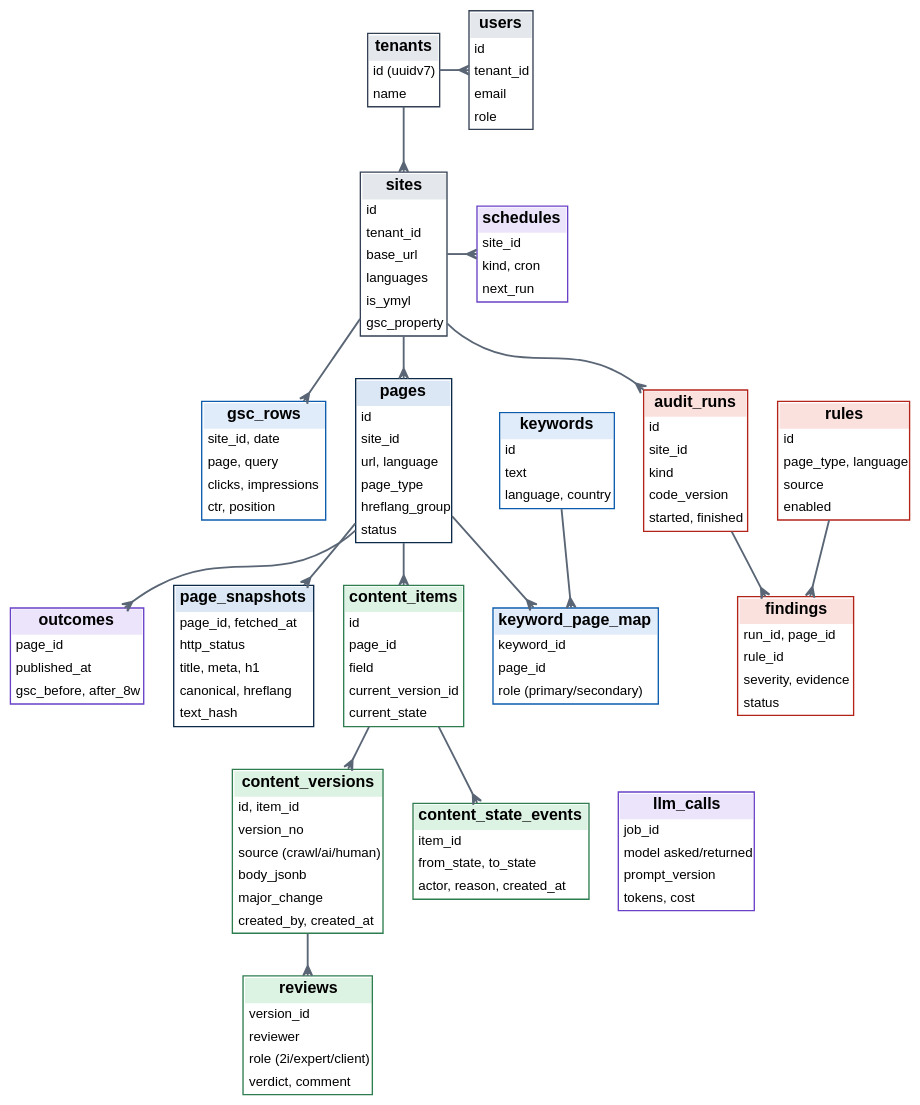
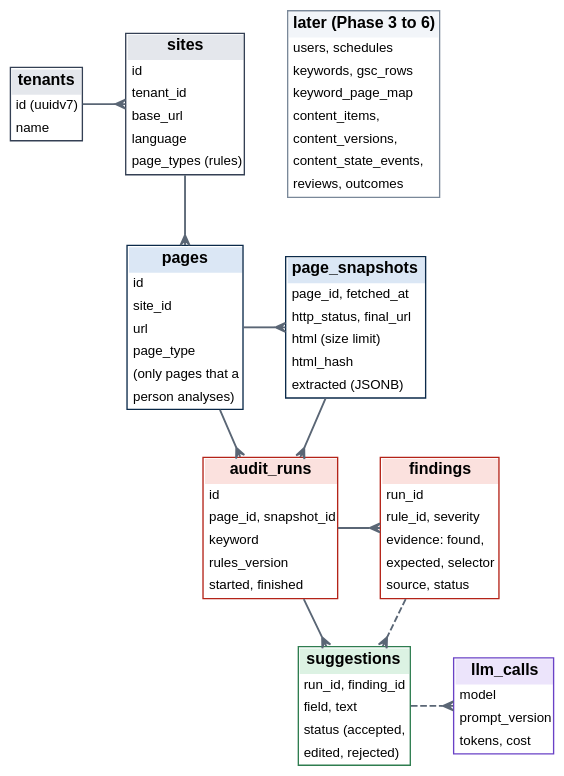
Before and after one commit to raksha-gurzu/seo-advisor: the diagram in requirements/diagrams/datamodel.dot, drawn with Graphviz. The commit also changed 21 other files, not shown here.

```diff
--- a/requirements/diagrams/datamodel.dot
+++ b/requirements/diagrams/datamodel.dot
@@ -1,45 +1,28 @@
 digraph G {
-  graph [rankdir=TB fontname="Arial" nodesep=0.3 ranksep=0.45 splines=spline bgcolor="transparent"
+  graph [rankdir=TB fontname="Arial" nodesep=0.45 ranksep=0.5 splines=spline bgcolor="transparent"
          pad=0.15 newrank=true compound=true];
   node  [fontname="Arial" fontsize=12 margin="0.14,0.07"];
   edge  [fontname="Arial" fontsize=11 color="#5a6675" penwidth=1.4 arrowsize=0.75];
   T1 [shape=plain label=<<TABLE BORDER="1" CELLBORDER="0" CELLSPACING="0" CELLPADDING="3" COLOR="#344054"><TR><TD BGCOLOR="#e4e7ec"><B>tenants</B></TD></TR><TR><TD ALIGN="LEFT"><FONT POINT-SIZE="10">id (uuidv7)</FONT></TD></TR><TR><TD ALIGN="LEFT"><FONT POINT-SIZE="10">name</FONT></TD></TR></TABLE>>];
-  T2 [shape=plain label=<<TABLE BORDER="1" CELLBORDER="0" CELLSPACING="0" CELLPADDING="3" COLOR="#344054"><TR><TD BGCOLOR="#e4e7ec"><B>users</B></TD></TR><TR><TD ALIGN="LEFT"><FONT POINT-SIZE="10">id</FONT></TD></TR><TR><TD ALIGN="LEFT"><FONT POINT-SIZE="10">tenant_id</FONT></TD></TR><TR><TD ALIGN="LEFT"><FONT POINT-SIZE="10">email</FONT></TD></TR><TR><TD ALIGN="LEFT"><FONT POINT-SIZE="10">role</FONT></TD></TR></TABLE>>];
-  T3 [shape=plain label=<<TABLE BORDER="1" CELLBORDER="0" CELLSPACING="0" CELLPADDING="3" COLOR="#344054"><TR><TD BGCOLOR="#e4e7ec"><B>sites</B></TD></TR><TR><TD ALIGN="LEFT"><FONT POINT-SIZE="10">id</FONT></TD></TR><TR><TD ALIGN="LEFT"><FONT POINT-SIZE="10">tenant_id</FONT></TD></TR><TR><TD ALIGN="LEFT"><FONT POINT-SIZE="10">base_url</FONT></TD></TR><TR><TD ALIGN="LEFT"><FONT POINT-SIZE="10">languages</FONT></TD></TR><TR><TD ALIGN="LEFT"><FONT POINT-SIZE="10">is_ymyl</FONT></TD></TR><TR><TD ALIGN="LEFT"><FONT POINT-SIZE="10">gsc_property</FONT></TD></TR></TABLE>>];
-  O1 [shape=plain label=<<TABLE BORDER="1" CELLBORDER="0" CELLSPACING="0" CELLPADDING="3" COLOR="#6941c6"><TR><TD BGCOLOR="#ece4fb"><B>schedules</B></TD></TR><TR><TD ALIGN="LEFT"><FONT POINT-SIZE="10">site_id</FONT></TD></TR><TR><TD ALIGN="LEFT"><FONT POINT-SIZE="10">kind, cron</FONT></TD></TR><TR><TD ALIGN="LEFT"><FONT POINT-SIZE="10">next_run</FONT></TD></TR></TABLE>>];
-  I1 [shape=plain label=<<TABLE BORDER="1" CELLBORDER="0" CELLSPACING="0" CELLPADDING="3" COLOR="#0b2a4a"><TR><TD BGCOLOR="#dbe7f5"><B>pages</B></TD></TR><TR><TD ALIGN="LEFT"><FONT POINT-SIZE="10">id</FONT></TD></TR><TR><TD ALIGN="LEFT"><FONT POINT-SIZE="10">site_id</FONT></TD></TR><TR><TD ALIGN="LEFT"><FONT POINT-SIZE="10">url, language</FONT></TD></TR><TR><TD ALIGN="LEFT"><FONT POINT-SIZE="10">page_type</FONT></TD></TR><TR><TD ALIGN="LEFT"><FONT POINT-SIZE="10">hreflang_group</FONT></TD></TR><TR><TD ALIGN="LEFT"><FONT POINT-SIZE="10">status</FONT></TD></TR></TABLE>>];
-  A1 [shape=plain label=<<TABLE BORDER="1" CELLBORDER="0" CELLSPACING="0" CELLPADDING="3" COLOR="#b42318"><TR><TD BGCOLOR="#fbe1de"><B>audit_runs</B></TD></TR><TR><TD ALIGN="LEFT"><FONT POINT-SIZE="10">id</FONT></TD></TR><TR><TD ALIGN="LEFT"><FONT POINT-SIZE="10">site_id</FONT></TD></TR><TR><TD ALIGN="LEFT"><FONT POINT-SIZE="10">kind</FONT></TD></TR><TR><TD ALIGN="LEFT"><FONT POINT-SIZE="10">code_version</FONT></TD></TR><TR><TD ALIGN="LEFT"><FONT POINT-SIZE="10">started, finished</FONT></TD></TR></TABLE>>];
-  A3 [shape=plain label=<<TABLE BORDER="1" CELLBORDER="0" CELLSPACING="0" CELLPADDING="3" COLOR="#b42318"><TR><TD BGCOLOR="#fbe1de"><B>rules</B></TD></TR><TR><TD ALIGN="LEFT"><FONT POINT-SIZE="10">id</FONT></TD></TR><TR><TD ALIGN="LEFT"><FONT POINT-SIZE="10">page_type, language</FONT></TD></TR><TR><TD ALIGN="LEFT"><FONT POINT-SIZE="10">source</FONT></TD></TR><TR><TD ALIGN="LEFT"><FONT POINT-SIZE="10">enabled</FONT></TD></TR></TABLE>>];
-  G1 [shape=plain label=<<TABLE BORDER="1" CELLBORDER="0" CELLSPACING="0" CELLPADDING="3" COLOR="#0b5cad"><TR><TD BGCOLOR="#e1ecfb"><B>keywords</B></TD></TR><TR><TD ALIGN="LEFT"><FONT POINT-SIZE="10">id</FONT></TD></TR><TR><TD ALIGN="LEFT"><FONT POINT-SIZE="10">text</FONT></TD></TR><TR><TD ALIGN="LEFT"><FONT POINT-SIZE="10">language, country</FONT></TD></TR></TABLE>>];
-  G3 [shape=plain label=<<TABLE BORDER="1" CELLBORDER="0" CELLSPACING="0" CELLPADDING="3" COLOR="#0b5cad"><TR><TD BGCOLOR="#e1ecfb"><B>gsc_rows</B></TD></TR><TR><TD ALIGN="LEFT"><FONT POINT-SIZE="10">site_id, date</FONT></TD></TR><TR><TD ALIGN="LEFT"><FONT POINT-SIZE="10">page, query</FONT></TD></TR><TR><TD ALIGN="LEFT"><FONT POINT-SIZE="10">clicks, impressions</FONT></TD></TR><TR><TD ALIGN="LEFT"><FONT POINT-SIZE="10">ctr, position</FONT></TD></TR></TABLE>>];
-  I2 [shape=plain label=<<TABLE BORDER="1" CELLBORDER="0" CELLSPACING="0" CELLPADDING="3" COLOR="#0b2a4a"><TR><TD BGCOLOR="#dbe7f5"><B>page_snapshots</B></TD></TR><TR><TD ALIGN="LEFT"><FONT POINT-SIZE="10">page_id, fetched_at</FONT></TD></TR><TR><TD ALIGN="LEFT"><FONT POINT-SIZE="10">http_status</FONT></TD></TR><TR><TD ALIGN="LEFT"><FONT POINT-SIZE="10">title, meta, h1</FONT></TD></TR><TR><TD ALIGN="LEFT"><FONT POINT-SIZE="10">canonical, hreflang</FONT></TD></TR><TR><TD ALIGN="LEFT"><FONT POINT-SIZE="10">text_hash</FONT></TD></TR></TABLE>>];
-  C1 [shape=plain label=<<TABLE BORDER="1" CELLBORDER="0" CELLSPACING="0" CELLPADDING="3" COLOR="#2e7d4f"><TR><TD BGCOLOR="#dcf2e3"><B>content_items</B></TD></TR><TR><TD ALIGN="LEFT"><FONT POINT-SIZE="10">id</FONT></TD></TR><TR><TD ALIGN="LEFT"><FONT POINT-SIZE="10">page_id</FONT></TD></TR><TR><TD ALIGN="LEFT"><FONT POINT-SIZE="10">field</FONT></TD></TR><TR><TD ALIGN="LEFT"><FONT POINT-SIZE="10">current_version_id</FONT></TD></TR><TR><TD ALIGN="LEFT"><FONT POINT-SIZE="10">current_state</FONT></TD></TR></TABLE>>];
-  A2 [shape=plain label=<<TABLE BORDER="1" CELLBORDER="0" CELLSPACING="0" CELLPADDING="3" COLOR="#b42318"><TR><TD BGCOLOR="#fbe1de"><B>findings</B></TD></TR><TR><TD ALIGN="LEFT"><FONT POINT-SIZE="10">run_id, page_id</FONT></TD></TR><TR><TD ALIGN="LEFT"><FONT POINT-SIZE="10">rule_id</FONT></TD></TR><TR><TD ALIGN="LEFT"><FONT POINT-SIZE="10">severity, evidence</FONT></TD></TR><TR><TD ALIGN="LEFT"><FONT POINT-SIZE="10">status</FONT></TD></TR></TABLE>>];
-  G2 [shape=plain label=<<TABLE BORDER="1" CELLBORDER="0" CELLSPACING="0" CELLPADDING="3" COLOR="#0b5cad"><TR><TD BGCOLOR="#e1ecfb"><B>keyword_page_map</B></TD></TR><TR><TD ALIGN="LEFT"><FONT POINT-SIZE="10">keyword_id</FONT></TD></TR><TR><TD ALIGN="LEFT"><FONT POINT-SIZE="10">page_id</FONT></TD></TR><TR><TD ALIGN="LEFT"><FONT POINT-SIZE="10">role (primary/secondary)</FONT></TD></TR></TABLE>>];
-  O3 [shape=plain label=<<TABLE BORDER="1" CELLBORDER="0" CELLSPACING="0" CELLPADDING="3" COLOR="#6941c6"><TR><TD BGCOLOR="#ece4fb"><B>outcomes</B></TD></TR><TR><TD ALIGN="LEFT"><FONT POINT-SIZE="10">page_id</FONT></TD></TR><TR><TD ALIGN="LEFT"><FONT POINT-SIZE="10">published_at</FONT></TD></TR><TR><TD ALIGN="LEFT"><FONT POINT-SIZE="10">gsc_before, after_8w</FONT></TD></TR></TABLE>>];
-  C2 [shape=plain label=<<TABLE BORDER="1" CELLBORDER="0" CELLSPACING="0" CELLPADDING="3" COLOR="#2e7d4f"><TR><TD BGCOLOR="#dcf2e3"><B>content_versions</B></TD></TR><TR><TD ALIGN="LEFT"><FONT POINT-SIZE="10">id, item_id</FONT></TD></TR><TR><TD ALIGN="LEFT"><FONT POINT-SIZE="10">version_no</FONT></TD></TR><TR><TD ALIGN="LEFT"><FONT POINT-SIZE="10">source (crawl/ai/human)</FONT></TD></TR><TR><TD ALIGN="LEFT"><FONT POINT-SIZE="10">body_jsonb</FONT></TD></TR><TR><TD ALIGN="LEFT"><FONT POINT-SIZE="10">major_change</FONT></TD></TR><TR><TD ALIGN="LEFT"><FONT POINT-SIZE="10">created_by, created_at</FONT></TD></TR></TABLE>>];
-  C3 [shape=plain label=<<TABLE BORDER="1" CELLBORDER="0" CELLSPACING="0" CELLPADDING="3" COLOR="#2e7d4f"><TR><TD BGCOLOR="#dcf2e3"><B>content_state_events</B></TD></TR><TR><TD ALIGN="LEFT"><FONT POINT-SIZE="10">item_id</FONT></TD></TR><TR><TD ALIGN="LEFT"><FONT POINT-SIZE="10">from_state, to_state</FONT></TD></TR><TR><TD ALIGN="LEFT"><FONT POINT-SIZE="10">actor, reason, created_at</FONT></TD></TR></TABLE>>];
-  O2 [shape=plain label=<<TABLE BORDER="1" CELLBORDER="0" CELLSPACING="0" CELLPADDING="3" COLOR="#6941c6"><TR><TD BGCOLOR="#ece4fb"><B>llm_calls</B></TD></TR><TR><TD ALIGN="LEFT"><FONT POINT-SIZE="10">job_id</FONT></TD></TR><TR><TD ALIGN="LEFT"><FONT POINT-SIZE="10">model asked/returned</FONT></TD></TR><TR><TD ALIGN="LEFT"><FONT POINT-SIZE="10">prompt_version</FONT></TD></TR><TR><TD ALIGN="LEFT"><FONT POINT-SIZE="10">tokens, cost</FONT></TD></TR></TABLE>>];
-  C4 [shape=plain label=<<TABLE BORDER="1" CELLBORDER="0" CELLSPACING="0" CELLPADDING="3" COLOR="#2e7d4f"><TR><TD BGCOLOR="#dcf2e3"><B>reviews</B></TD></TR><TR><TD ALIGN="LEFT"><FONT POINT-SIZE="10">version_id</FONT></TD></TR><TR><TD ALIGN="LEFT"><FONT POINT-SIZE="10">reviewer</FONT></TD></TR><TR><TD ALIGN="LEFT"><FONT POINT-SIZE="10">role (2i/expert/client)</FONT></TD></TR><TR><TD ALIGN="LEFT"><FONT POINT-SIZE="10">verdict, comment</FONT></TD></TR></TABLE>>];
-  T1 -> T2 [arrowhead="crow"];
+  T3 [shape=plain label=<<TABLE BORDER="1" CELLBORDER="0" CELLSPACING="0" CELLPADDING="3" COLOR="#344054"><TR><TD BGCOLOR="#e4e7ec"><B>sites</B></TD></TR><TR><TD ALIGN="LEFT"><FONT POINT-SIZE="10">id</FONT></TD></TR><TR><TD ALIGN="LEFT"><FONT POINT-SIZE="10">tenant_id</FONT></TD></TR><TR><TD ALIGN="LEFT"><FONT POINT-SIZE="10">base_url</FONT></TD></TR><TR><TD ALIGN="LEFT"><FONT POINT-SIZE="10">language</FONT></TD></TR><TR><TD ALIGN="LEFT"><FONT POINT-SIZE="10">page_types (rules)</FONT></TD></TR></TABLE>>];
+  I1 [shape=plain label=<<TABLE BORDER="1" CELLBORDER="0" CELLSPACING="0" CELLPADDING="3" COLOR="#0b2a4a"><TR><TD BGCOLOR="#dbe7f5"><B>pages</B></TD></TR><TR><TD ALIGN="LEFT"><FONT POINT-SIZE="10">id</FONT></TD></TR><TR><TD ALIGN="LEFT"><FONT POINT-SIZE="10">site_id</FONT></TD></TR><TR><TD ALIGN="LEFT"><FONT POINT-SIZE="10">url</FONT></TD></TR><TR><TD ALIGN="LEFT"><FONT POINT-SIZE="10">page_type</FONT></TD></TR><TR><TD ALIGN="LEFT"><FONT POINT-SIZE="10">(only pages that a</FONT></TD></TR><TR><TD ALIGN="LEFT"><FONT POINT-SIZE="10">person analyses)</FONT></TD></TR></TABLE>>];
+  I2 [shape=plain label=<<TABLE BORDER="1" CELLBORDER="0" CELLSPACING="0" CELLPADDING="3" COLOR="#0b2a4a"><TR><TD BGCOLOR="#dbe7f5"><B>page_snapshots</B></TD></TR><TR><TD ALIGN="LEFT"><FONT POINT-SIZE="10">page_id, fetched_at</FONT></TD></TR><TR><TD ALIGN="LEFT"><FONT POINT-SIZE="10">http_status, final_url</FONT></TD></TR><TR><TD ALIGN="LEFT"><FONT POINT-SIZE="10">html (size limit)</FONT></TD></TR><TR><TD ALIGN="LEFT"><FONT POINT-SIZE="10">html_hash</FONT></TD></TR><TR><TD ALIGN="LEFT"><FONT POINT-SIZE="10">extracted (JSONB)</FONT></TD></TR></TABLE>>];
+  A1 [shape=plain label=<<TABLE BORDER="1" CELLBORDER="0" CELLSPACING="0" CELLPADDING="3" COLOR="#b42318"><TR><TD BGCOLOR="#fbe1de"><B>audit_runs</B></TD></TR><TR><TD ALIGN="LEFT"><FONT POINT-SIZE="10">id</FONT></TD></TR><TR><TD ALIGN="LEFT"><FONT POINT-SIZE="10">page_id, snapshot_id</FONT></TD></TR><TR><TD ALIGN="LEFT"><FONT POINT-SIZE="10">keyword</FONT></TD></TR><TR><TD ALIGN="LEFT"><FONT POINT-SIZE="10">rules_version</FONT></TD></TR><TR><TD ALIGN="LEFT"><FONT POINT-SIZE="10">started, finished</FONT></TD></TR></TABLE>>];
+  A2 [shape=plain label=<<TABLE BORDER="1" CELLBORDER="0" CELLSPACING="0" CELLPADDING="3" COLOR="#b42318"><TR><TD BGCOLOR="#fbe1de"><B>findings</B></TD></TR><TR><TD ALIGN="LEFT"><FONT POINT-SIZE="10">run_id</FONT></TD></TR><TR><TD ALIGN="LEFT"><FONT POINT-SIZE="10">rule_id, severity</FONT></TD></TR><TR><TD ALIGN="LEFT"><FONT POINT-SIZE="10">evidence: found,</FONT></TD></TR><TR><TD ALIGN="LEFT"><FONT POINT-SIZE="10">expected, selector</FONT></TD></TR><TR><TD ALIGN="LEFT"><FONT POINT-SIZE="10">source, status</FONT></TD></TR></TABLE>>];
+  C1 [shape=plain label=<<TABLE BORDER="1" CELLBORDER="0" CELLSPACING="0" CELLPADDING="3" COLOR="#2e7d4f"><TR><TD BGCOLOR="#dcf2e3"><B>suggestions</B></TD></TR><TR><TD ALIGN="LEFT"><FONT POINT-SIZE="10">run_id, finding_id</FONT></TD></TR><TR><TD ALIGN="LEFT"><FONT POINT-SIZE="10">field, text</FONT></TD></TR><TR><TD ALIGN="LEFT"><FONT POINT-SIZE="10">status (accepted,</FONT></TD></TR><TR><TD ALIGN="LEFT"><FONT POINT-SIZE="10">edited, rejected)</FONT></TD></TR></TABLE>>];
+  O2 [shape=plain label=<<TABLE BORDER="1" CELLBORDER="0" CELLSPACING="0" CELLPADDING="3" COLOR="#6941c6"><TR><TD BGCOLOR="#ece4fb"><B>llm_calls</B></TD></TR><TR><TD ALIGN="LEFT"><FONT POINT-SIZE="10">model</FONT></TD></TR><TR><TD ALIGN="LEFT"><FONT POINT-SIZE="10">prompt_version</FONT></TD></TR><TR><TD ALIGN="LEFT"><FONT POINT-SIZE="10">tokens, cost</FONT></TD></TR></TABLE>>];
+  L1 [shape=plain label=<<TABLE BORDER="1" CELLBORDER="0" CELLSPACING="0" CELLPADDING="3" COLOR="#7a8899"><TR><TD BGCOLOR="#f2f5f9"><B>later (Phase 3 to 6)</B></TD></TR><TR><TD ALIGN="LEFT"><FONT POINT-SIZE="10">users, schedules</FONT></TD></TR><TR><TD ALIGN="LEFT"><FONT POINT-SIZE="10">keywords, gsc_rows</FONT></TD></TR><TR><TD ALIGN="LEFT"><FONT POINT-SIZE="10">keyword_page_map</FONT></TD></TR><TR><TD ALIGN="LEFT"><FONT POINT-SIZE="10">content_items,</FONT></TD></TR><TR><TD ALIGN="LEFT"><FONT POINT-SIZE="10">content_versions,</FONT></TD></TR><TR><TD ALIGN="LEFT"><FONT POINT-SIZE="10">content_state_events,</FONT></TD></TR><TR><TD ALIGN="LEFT"><FONT POINT-SIZE="10">reviews, outcomes</FONT></TD></TR></TABLE>>];
   T1 -> T3 [arrowhead="crow"];
-  T3 -> O1 [arrowhead="crow"];
   T3 -> I1 [arrowhead="crow"];
-  T3 -> A1 [arrowhead="crow"];
-  T3 -> G3 [arrowhead="crow"];
   I1 -> I2 [arrowhead="crow"];
-  I1 -> C1 [arrowhead="crow"];
+  I1 -> A1 [arrowhead="crow"];
+  I2 -> A1 [arrowhead="crow"];
   A1 -> A2 [arrowhead="crow"];
-  A3 -> A2 [arrowhead="crow"];
-  G1 -> G2 [arrowhead="crow"];
-  I1 -> G2 [arrowhead="crow"];
-  I1 -> O3 [arrowhead="crow"];
-  C1 -> C2 [arrowhead="crow"];
-  C1 -> C3 [arrowhead="crow"];
-  C2 -> C4 [arrowhead="crow"];
-  { rank=same; T1; T2; }
-  { rank=same; T3; O1; }
-  { rank=same; I1; A1; A3; G1; G3; }
-  { rank=same; I2; C1; A2; G2; O3; }
-  { rank=same; C2; C3; O2; }
+  A1 -> C1 [arrowhead="crow"];
+  A2 -> C1 [arrowhead="crow" style="dashed"];
+  C1 -> O2 [arrowhead="crow" style="dashed"];
+  { rank=same; T1; T3; L1; }
+  { rank=same; I1; I2; }
+  { rank=same; A1; A2; }
+  { rank=same; C1; O2; }
 }
```
